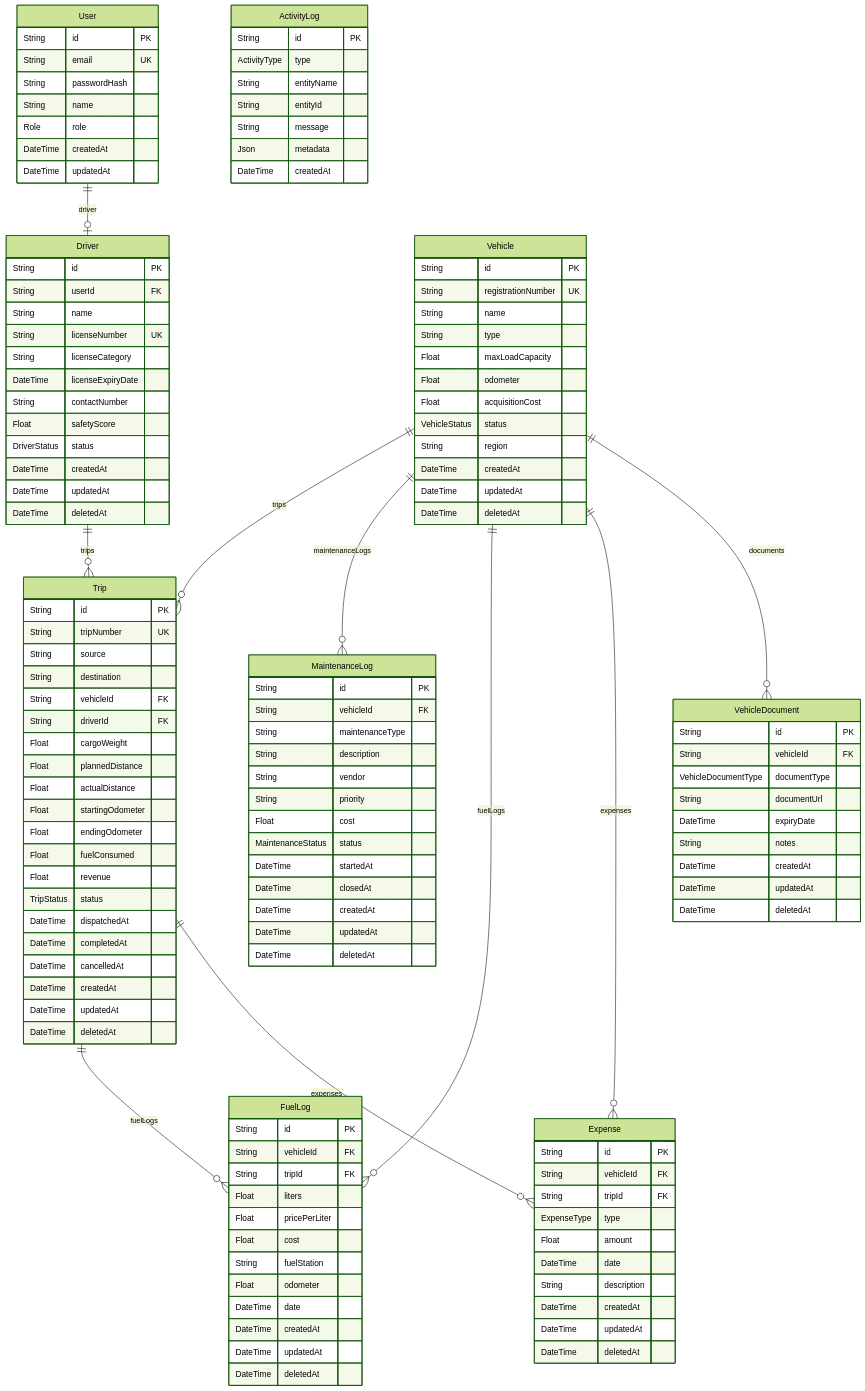
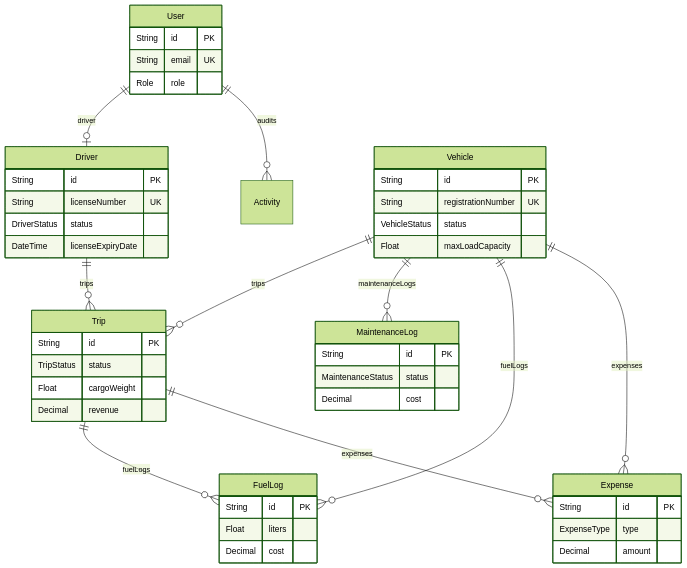
One commit to akshhthakkar/transit-ops-odoo changed the third of 4 diagrams in README.md. Above: the diagram before and after it, drawn with Mermaid (forest theme). The commit also changed other lines of this file, not shown here.

````diff
--- a/README.md
+++ b/README.md
@@ -315,11 +74,11 @@
 ```mermaid
 erDiagram
     User ||--o| Driver : "driver"
+    User ||--o{ Activity : "audits"
     Vehicle ||--o{ Trip : "trips"
     Vehicle ||--o{ MaintenanceLog : "maintenanceLogs"
     Vehicle ||--o{ FuelLog : "fuelLogs"
     Vehicle ||--o{ Expense : "expenses"
-    Vehicle ||--o{ VehicleDocument : "documents"
     Driver ||--o{ Trip : "trips"
     Trip ||--o{ FuelLog : "fuelLogs"
     Trip ||--o{ Expense : "expenses"
@@ -327,121 +86,39 @@
     User {
         String id PK
         String email UK
-        String passwordHash
-        String name
         Role role
-        DateTime createdAt
-        DateTime updatedAt
     }
     Vehicle {
         String id PK
         String registrationNumber UK
-        String name
-        String type
+        VehicleStatus status
         Float maxLoadCapacity
-        Float odometer
-        Float acquisitionCost
-        VehicleStatus status
-        String region
-        DateTime createdAt
-        DateTime updatedAt
-        DateTime deletedAt
     }
     Driver {
         String id PK
-        String userId FK
-        String name
         String licenseNumber UK
-        String licenseCategory
+        DriverStatus status
         DateTime licenseExpiryDate
-        String contactNumber
-        Float safetyScore
-        DriverStatus status
-        DateTime createdAt
-        DateTime updatedAt
-        DateTime deletedAt
     }
     Trip {
         String id PK
-        String tripNumber UK
-        String source
-        String destination
-        String vehicleId FK
-        String driverId FK
+        TripStatus status
         Float cargoWeight
-        Float plannedDistance
-        Float actualDistance
-        Float startingOdometer
-        Float endingOdometer
-        Float fuelConsumed
-        Float revenue
-        TripStatus status
-        DateTime dispatchedAt
-        DateTime completedAt
-        DateTime cancelledAt
-        DateTime createdAt
-        DateTime updatedAt
-        DateTime deletedAt
+        Decimal revenue
     }
     MaintenanceLog {
         String id PK
-        String vehicleId FK
-        String maintenanceType
-        String description
-        String vendor
-        String priority
-        Float cost
         MaintenanceStatus status
-        DateTime startedAt
-        DateTime closedAt
-        DateTime createdAt
-        DateTime updatedAt
-        DateTime deletedAt
+        Decimal cost
     }
     FuelLog {
         String id PK
-        String vehicleId FK
-        String tripId FK
         Float liters
-        Float pricePerLiter
-        Float cost
-        String fuelStation
-        Float odometer
-        DateTime date
-        DateTime createdAt
-        DateTime updatedAt
-        DateTime deletedAt
+        Decimal cost
     }
     Expense {
         String id PK
-        String vehicleId FK
-        String tripId FK
         ExpenseType type
-        Float amount
-        DateTime date
-        String description
-        DateTime createdAt
-        DateTime updatedAt
-        DateTime deletedAt
-    }
-    VehicleDocument {
-        String id PK
-        String vehicleId FK
-        VehicleDocumentType documentType
-        String documentUrl
-        DateTime expiryDate
-        String notes
-        DateTime createdAt
-        DateTime updatedAt
-        DateTime deletedAt
-    }
-    ActivityLog {
-        String id PK
-        ActivityType type
-        String entityName
-        String entityId
-        String message
-        Json metadata
-        DateTime createdAt
+        Decimal amount
     }
 ```
````
